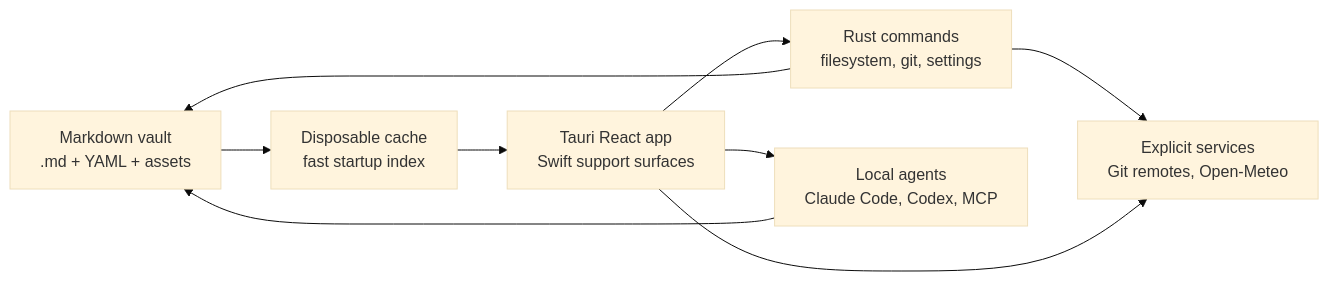
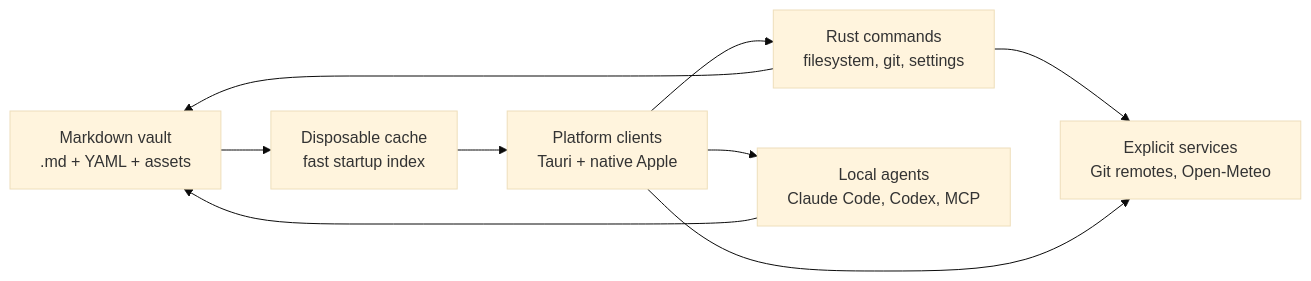
Before and after one commit to sriinnu/grimoire: the first of 3 diagrams in docs/ARCHITECTURE.md, drawn with Mermaid (base theme). The commit also changed other lines of this file and 50 other files, not shown here.

````diff
--- a/docs/ARCHITECTURE.md
+++ b/docs/ARCHITECTURE.md
@@ -20,18 +20,18 @@
 ```mermaid
 flowchart LR
     Vault["Markdown vault\n.md + YAML + assets"]
     Cache["Disposable cache\nfast startup index"]
-    App["Tauri React app\nSwift support surfaces"]
+    App["Platform clients\nTauri + native Apple"]
     Rust["Rust commands\nfilesystem, git, settings"]
     Agents["Local agents\nClaude Code, Codex, MCP"]
     External["Explicit services\nGit remotes, Open-Meteo"]
 
     Vault --> Cache
     Cache --> App
     App --> Rust
     Rust --> Vault
     App --> Agents
     Agents --> Vault
     Rust --> External
     App --> External
 ```
````
